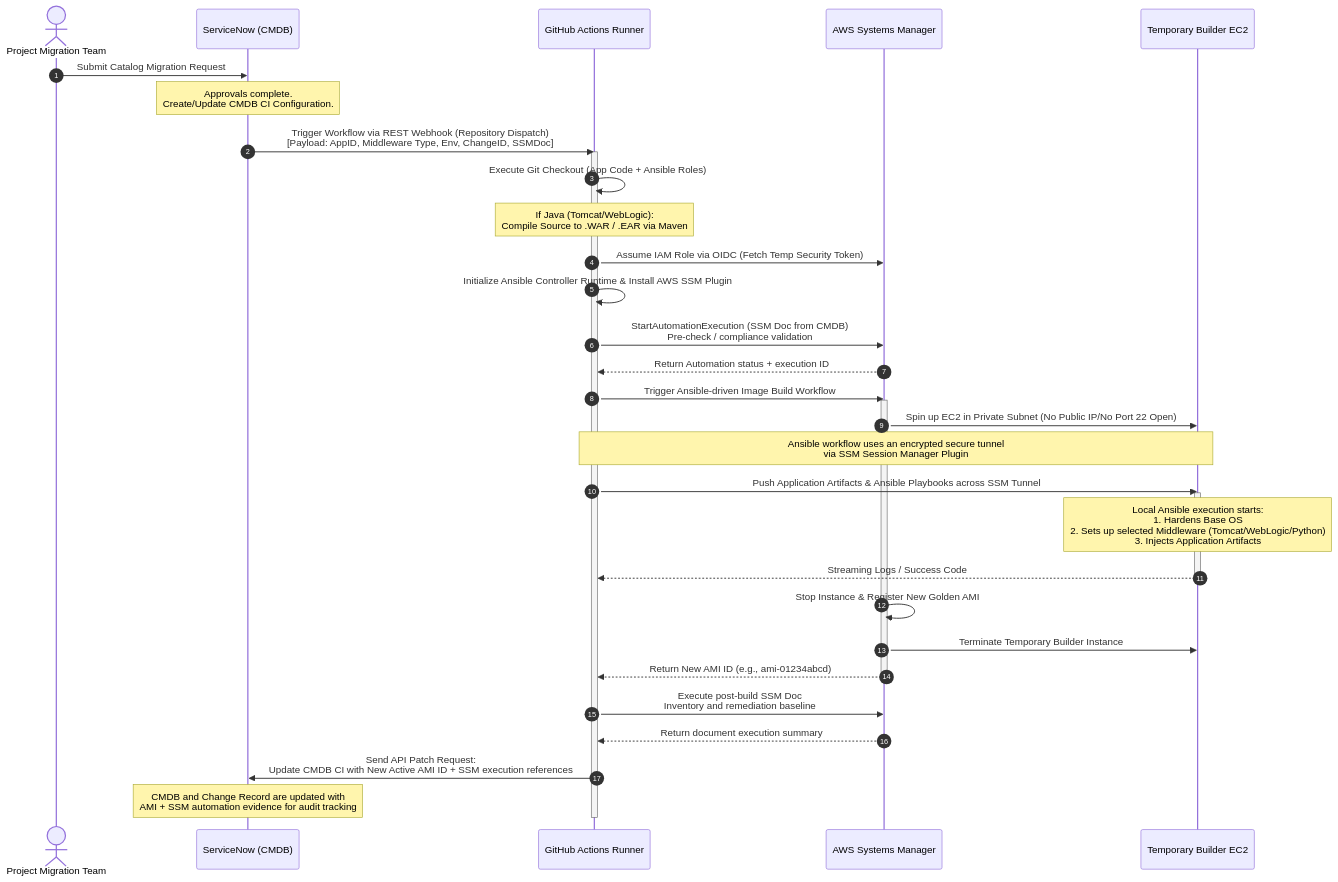
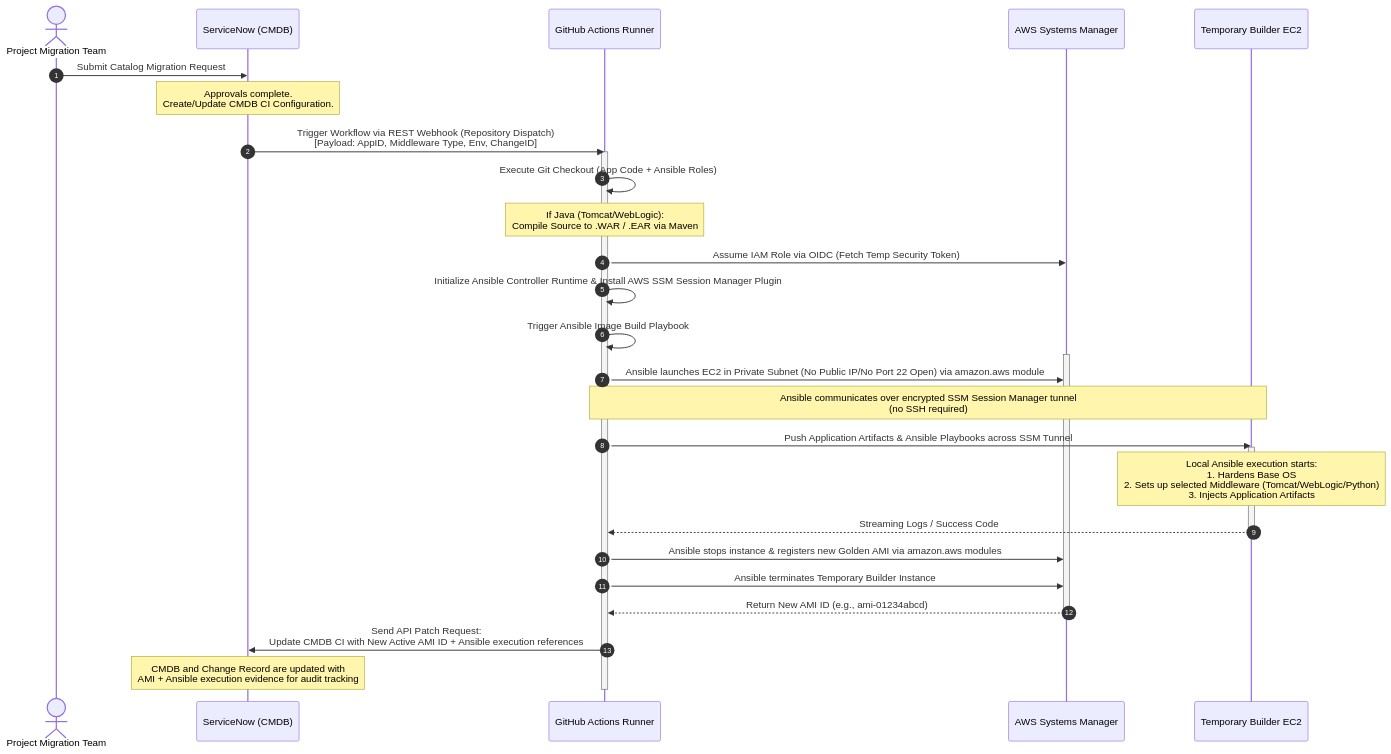
The diagram in architecture/sequence-diagram.mmd (wingt903/CICD), drawn with Mermaid before and after one commit. The commit also changed 3 other files, not shown here.

Commit message:
feat: replace SSM Documents with Ansible for config management across architecture files

```diff
--- a/architecture/sequence-diagram.mmd
+++ b/architecture/sequence-diagram.mmd
@@ -1,46 +1,42 @@
 sequenceDiagram
     autonumber
     actor Team as Project Migration Team
     participant SN as ServiceNow (CMDB)
     participant GH as GitHub Actions Runner
     participant AWS_SSM as AWS Systems Manager
     participant EC2 as Temporary Builder EC2
 
     %% Phase 1: Intake & Governance
     Team->>SN: Submit Catalog Migration Request
     Note over SN: Approvals complete.<br>Create/Update CMDB CI Configuration.
-    SN->>GH: Trigger Workflow via REST Webhook (Repository Dispatch)<br>[Payload: AppID, Middleware Type, Env, ChangeID, SSMDoc]
+    SN->>GH: Trigger Workflow via REST Webhook (Repository Dispatch)<br>[Payload: AppID, Middleware Type, Env, ChangeID]
 
     %% Phase 2: Orchestration & Checkout
     activate GH
     GH->>GH: Execute Git Checkout (App Code + Ansible Roles)
     Note over GH: If Java (Tomcat/WebLogic):<br>Compile Source to .WAR / .EAR via Maven
     GH->>AWS_SSM: Assume IAM Role via OIDC (Fetch Temp Security Token)
-    GH->>GH: Initialize Ansible Controller Runtime & Install AWS SSM Plugin
-    GH->>AWS_SSM: StartAutomationExecution (SSM Doc from CMDB)<br>Pre-check / compliance validation
-    AWS_SSM-->>GH: Return Automation status + execution ID
+    GH->>GH: Initialize Ansible Controller Runtime & Install AWS SSM Session Manager Plugin
 
-    %% Phase 3: Cloud Execution via SSM
-    GH->>AWS_SSM: Trigger Ansible-driven Image Build Workflow
+    %% Phase 3: Cloud Execution via SSM Session Manager
+    GH->>GH: Trigger Ansible Image Build Playbook
     activate AWS_SSM
-    AWS_SSM->>EC2: Spin up EC2 in Private Subnet (No Public IP/No Port 22 Open)
-    Note over GH, EC2: Ansible workflow uses an encrypted secure tunnel<br>via SSM Session Manager Plugin
+    GH->>AWS_SSM: Ansible launches EC2 in Private Subnet (No Public IP/No Port 22 Open) via amazon.aws module
+    Note over GH, EC2: Ansible communicates over encrypted SSM Session Manager tunnel<br>(no SSH required)
     GH->>EC2: Push Application Artifacts & Ansible Playbooks across SSM Tunnel
 
     %% Phase 4: Inner-Loop Configuration Management
     activate EC2
     Note over EC2: Local Ansible execution starts:<br>1. Hardens Base OS<br>2. Sets up selected Middleware (Tomcat/WebLogic/Python)<br>3. Injects Application Artifacts
     EC2-->>GH: Streaming Logs / Success Code
     deactivate EC2
 
     %% Phase 5: Image Serialization & CMDB Loopback
-    AWS_SSM->>AWS_SSM: Stop Instance & Register New Golden AMI
-    AWS_SSM->>EC2: Terminate Temporary Builder Instance
+    GH->>AWS_SSM: Ansible stops instance & registers new Golden AMI via amazon.aws modules
+    GH->>AWS_SSM: Ansible terminates Temporary Builder Instance
     AWS_SSM-->>GH: Return New AMI ID (e.g., ami-01234abcd)
     deactivate AWS_SSM
 
-    GH->>AWS_SSM: Execute post-build SSM Doc<br>Inventory and remediation baseline
-    AWS_SSM-->>GH: Return document execution summary
-    GH->>SN: Send API Patch Request:<br>Update CMDB CI with New Active AMI ID + SSM execution references
-    Note over SN: CMDB and Change Record are updated with<br>AMI + SSM automation evidence for audit tracking
+    GH->>SN: Send API Patch Request:<br>Update CMDB CI with New Active AMI ID + Ansible execution references
+    Note over SN: CMDB and Change Record are updated with<br>AMI + Ansible execution evidence for audit tracking
     deactivate GH
```
